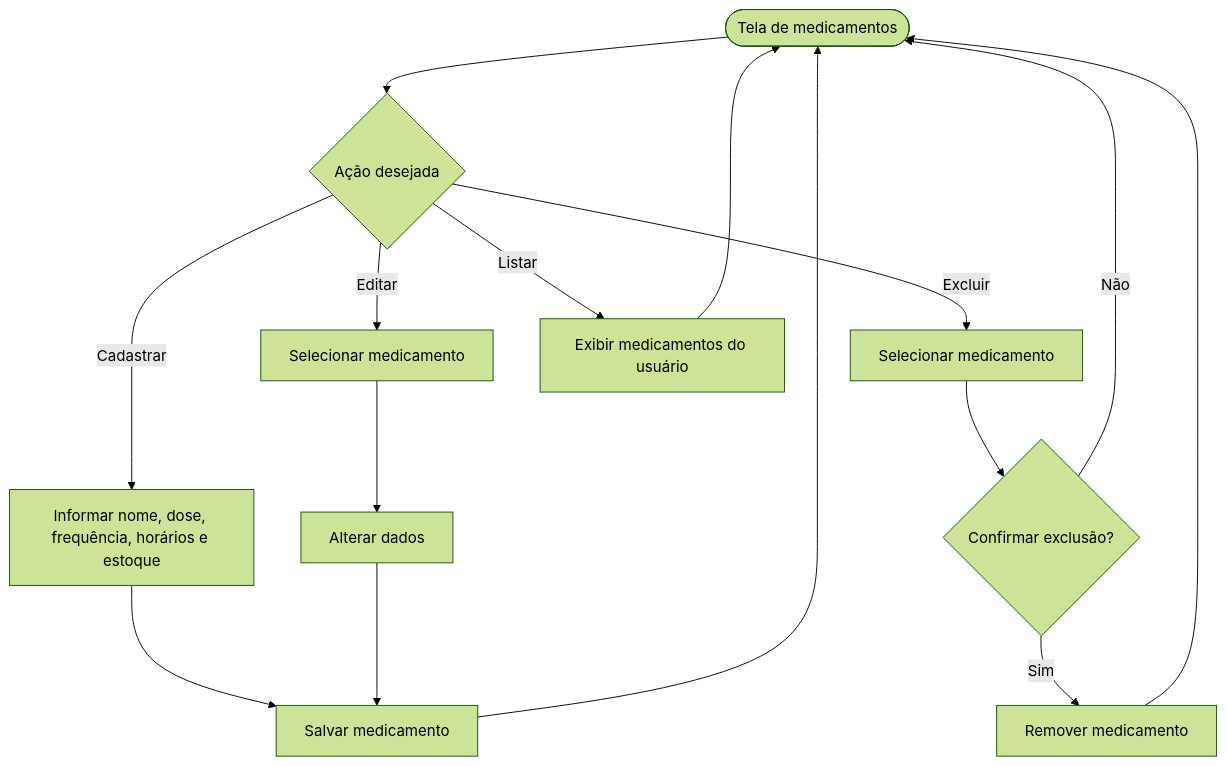
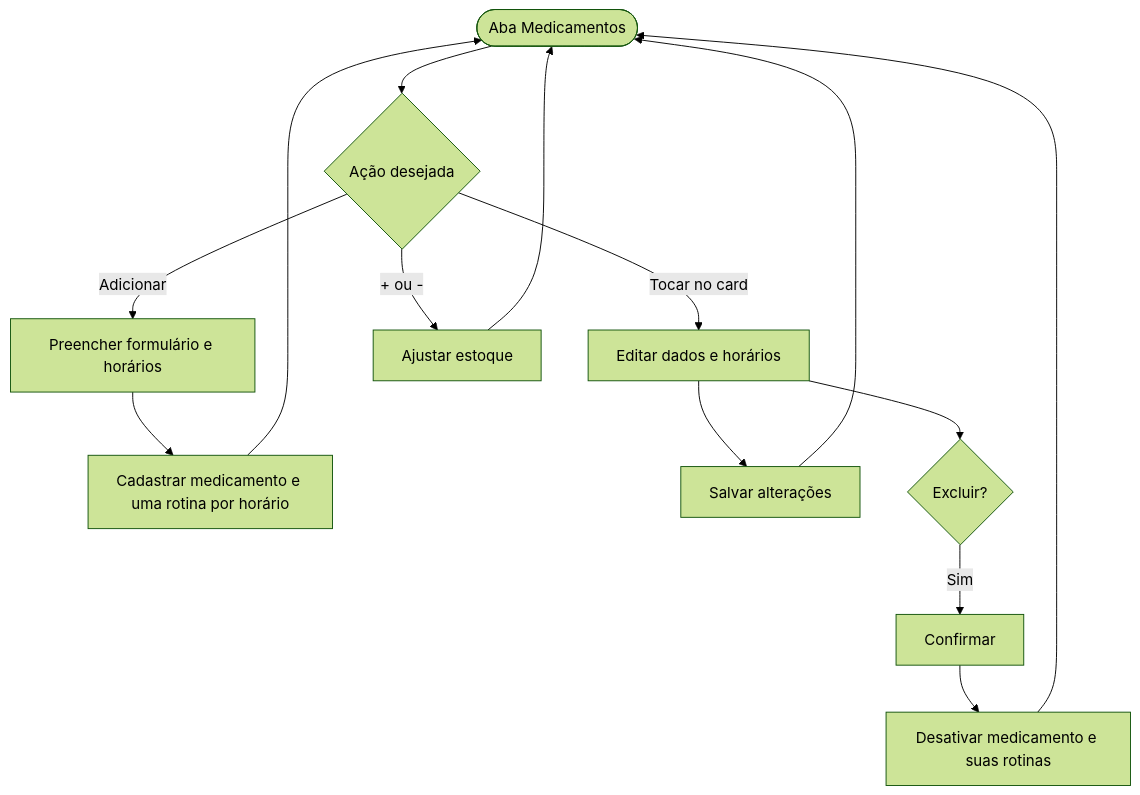
Before and after one commit to amandaadb/Projeto-Saude-em-dia-: the sixth of 9 diagrams in docs/diagramas.md, drawn with Mermaid (forest theme). The commit also changed other lines of this file, not shown here.

````diff
--- a/docs/diagramas.md
+++ b/docs/diagramas.md
@@ -80,17 +101,16 @@
 ```mermaid
 flowchart TD
-    A([Tela de medicamentos]) --> B{Ação desejada}
-    B -- Cadastrar --> C[Informar nome, dose, frequência, horários e estoque]
-    C --> D[Salvar medicamento]
-    B -- Editar --> E[Selecionar medicamento]
-    E --> F[Alterar dados]
-    F --> D
-    B -- Excluir --> G[Selecionar medicamento]
-    G --> H{Confirmar exclusão?}
-    H -- Sim --> I[Remover medicamento]
-    H -- Não --> A
-    B -- Listar --> J[Exibir medicamentos do usuário]
+    A([Aba Medicamentos]) --> B{Ação desejada}
+    B -- Adicionar --> C[Preencher formulário e horários]
+    C --> D[Cadastrar medicamento e uma rotina por horário]
+    B -- "Tocar no card" --> E[Editar dados e horários]
+    E --> F[Salvar alterações]
+    E --> G{Excluir?}
+    G -- Sim --> H[Confirmar]
+    H --> I[Desativar medicamento e suas rotinas]
+    B -- "+ ou -" --> J[Ajustar estoque]
     D --> A
+    F --> A
     I --> A
     J --> A
 ```
````
